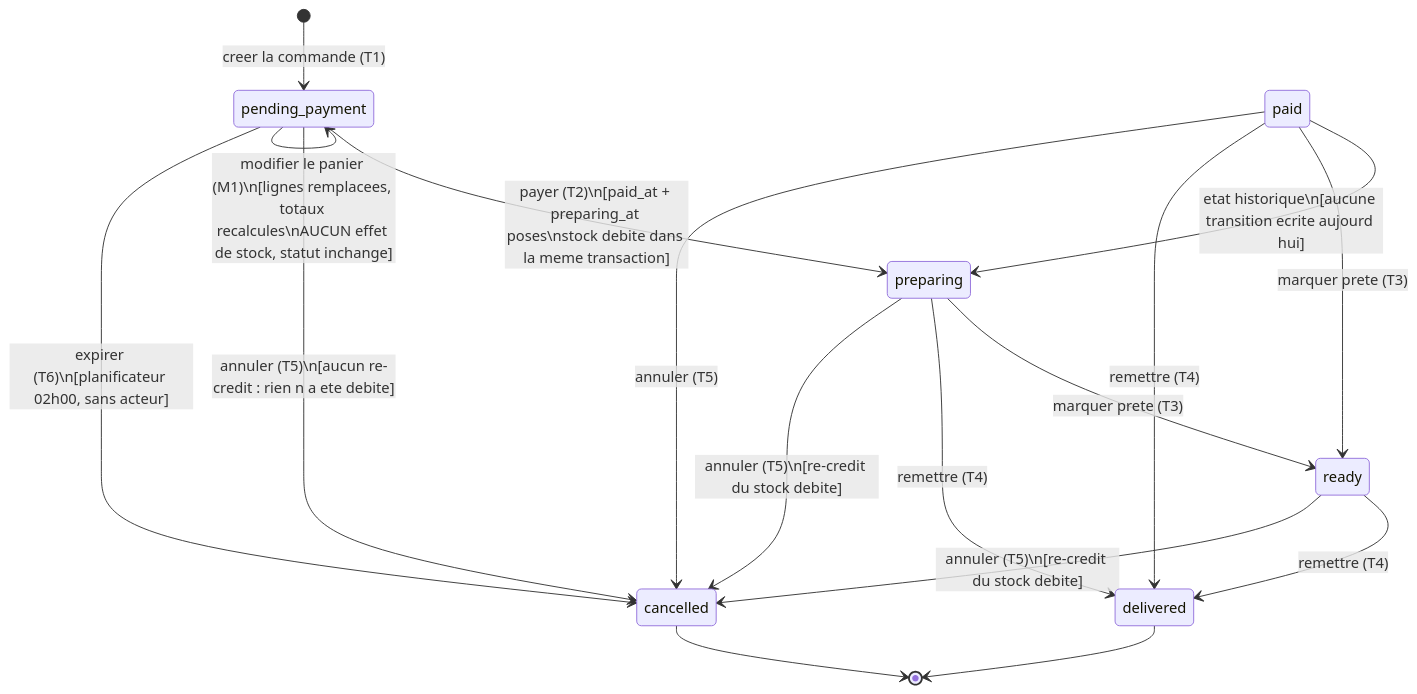
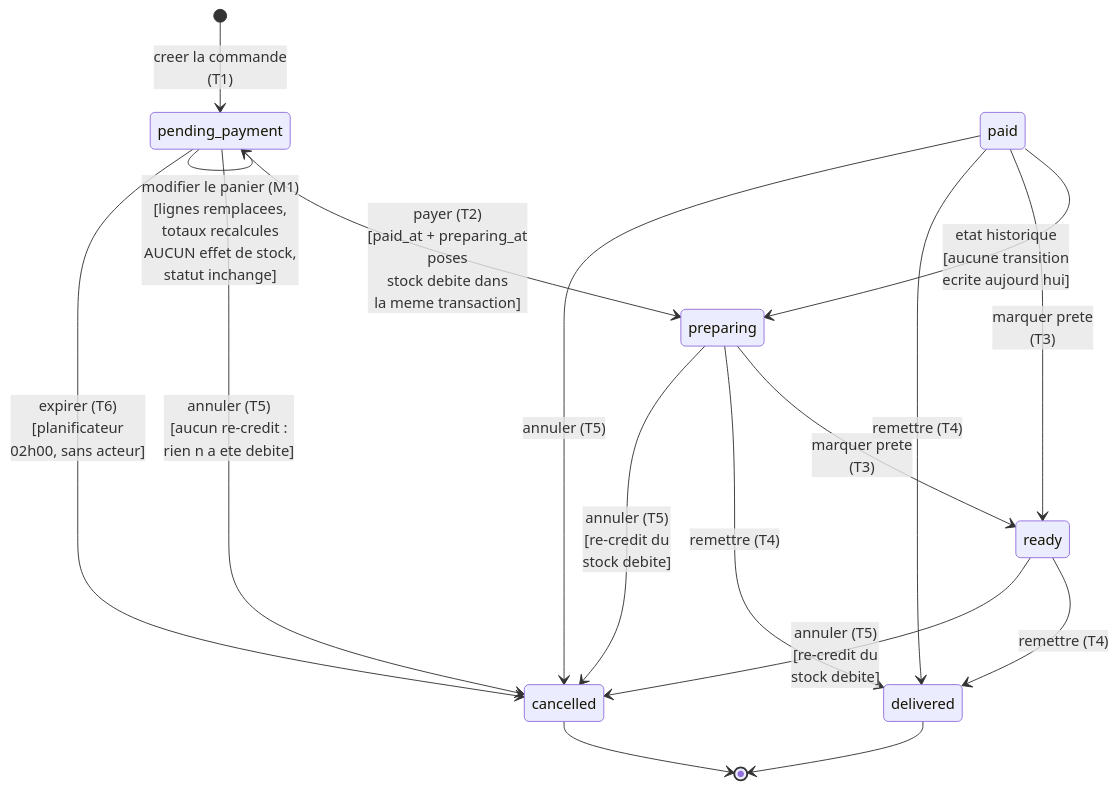
The diagram in docs/uml/state-commande.md (AcadeNice/wakdo_corentin), drawn with Mermaid before and after one commit. The commit also changed other lines of this file and 30 other files, not shown here.

````diff
--- a/docs/uml/state-commande.md
+++ b/docs/uml/state-commande.md
@@ -62,24 +63,24 @@
 ```mermaid
 stateDiagram-v2
-    [*] --> pending_payment : creer la commande (T1)
+    [*] --> pending_payment : creer la commande<br/>(T1)
 
-    pending_payment --> pending_payment : modifier le panier (M1)\n[lignes remplacees, totaux recalcules\nAUCUN effet de stock, statut inchange]
-    pending_payment --> preparing : payer (T2)\n[paid_at + preparing_at poses\nstock debite dans la meme transaction]
-    pending_payment --> cancelled : annuler (T5)\n[aucun re-credit : rien n a ete debite]
-    pending_payment --> cancelled : expirer (T6)\n[planificateur 02h00, sans acteur]
+    pending_payment --> pending_payment : modifier le panier (M1)<br/>[lignes remplacees,<br/>totaux recalcules<br/>AUCUN effet de stock,<br/>statut inchange]
+    pending_payment --> preparing : payer (T2)<br/>[paid_at + preparing_at<br/>poses<br/>stock debite dans<br/>la meme transaction]
+    pending_payment --> cancelled : annuler (T5)<br/>[aucun re-credit :<br/>rien n a ete debite]
+    pending_payment --> cancelled : expirer (T6)<br/>[planificateur<br/>02h00, sans acteur]
 
-    paid --> preparing : etat historique\n[aucune transition ecrite aujourd hui]
-    paid --> ready : marquer prete (T3)
+    paid --> preparing : etat historique<br/>[aucune transition<br/>ecrite aujourd hui]
+    paid --> ready : marquer prete<br/>(T3)
     paid --> delivered : remettre (T4)
     paid --> cancelled : annuler (T5)
 
-    preparing --> ready : marquer prete (T3)
+    preparing --> ready : marquer prete<br/>(T3)
     preparing --> delivered : remettre (T4)
-    preparing --> cancelled : annuler (T5)\n[re-credit du stock debite]
+    preparing --> cancelled : annuler (T5)<br/>[re-credit du<br/>stock debite]
 
     ready --> delivered : remettre (T4)
-    ready --> cancelled : annuler (T5)\n[re-credit du stock debite]
+    ready --> cancelled : annuler (T5)<br/>[re-credit du<br/>stock debite]
 
     delivered --> [*]
     cancelled --> [*]
 ```
````
